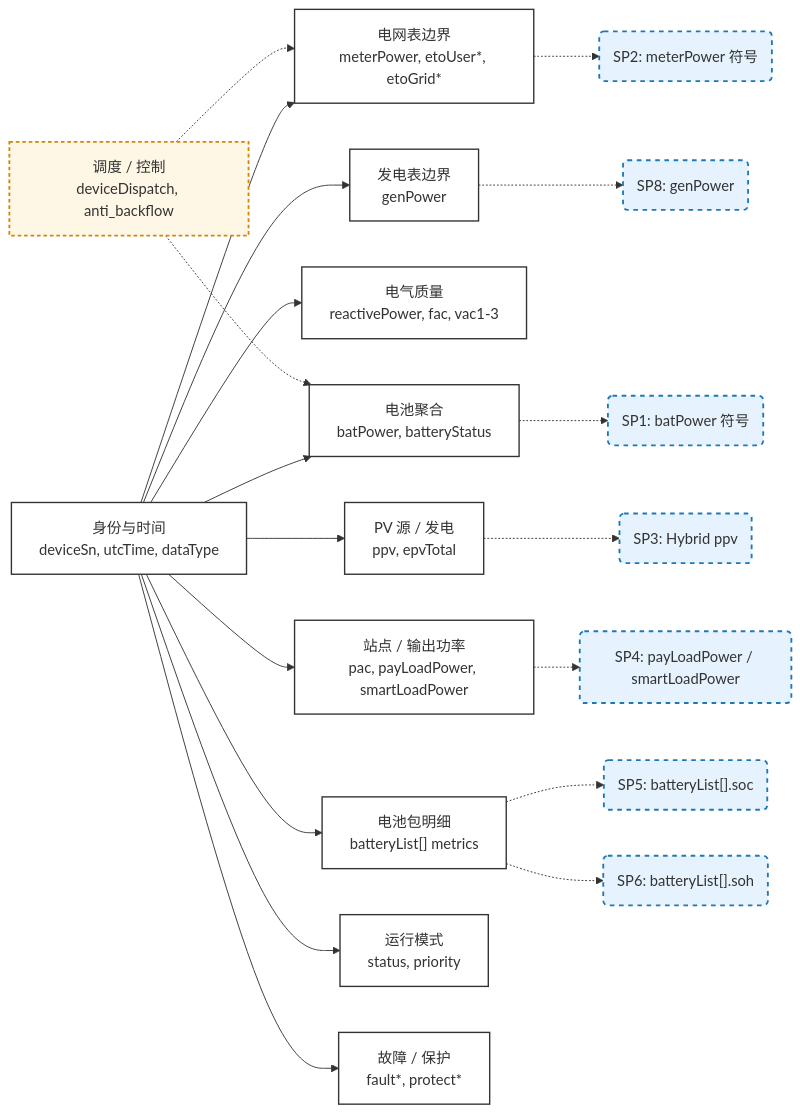
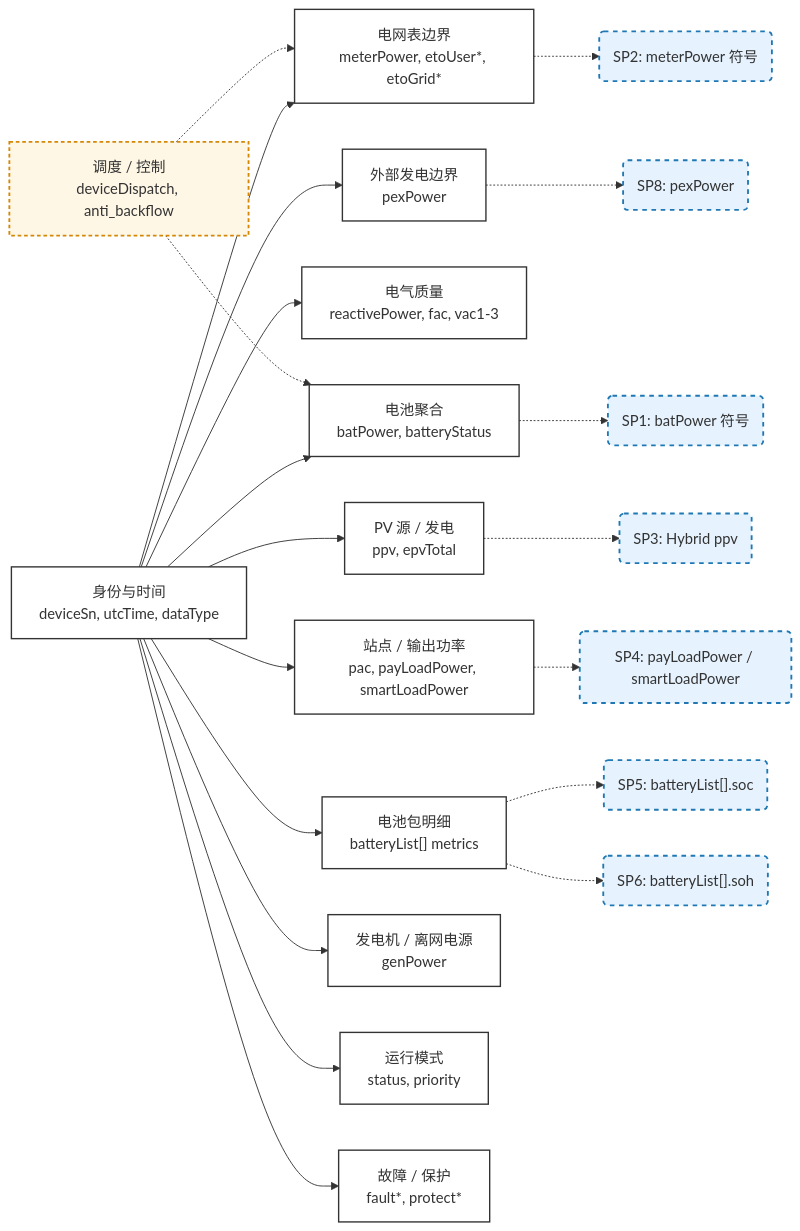
The sixth of 8 diagrams in Growatt API/OPENAPI.zh-CN/13_ess_semantic_model.md (EugeneJian/growatt-unified-api), drawn with Mermaid before and after one commit. The commit also changed other lines of this file and 7 other files, not shown here.

````diff
--- a/Growatt API/OPENAPI.zh-CN/13_ess_semantic_model.md
+++ b/Growatt API/OPENAPI.zh-CN/13_ess_semantic_model.md
@@ -321,51 +326,53 @@
 ```mermaid
 flowchart LR
 
     classDef block fill:#ffffff,stroke:#333,stroke-width:1.5px;
     classDef semantic fill:#e6f3ff,stroke:#1f78b4,stroke-width:2px,stroke-dasharray: 5 5;
     classDef dispatch fill:#fff7e6,stroke:#d48806,stroke-width:2px,stroke-dasharray: 4 3;
 
     Meta["身份与时间<br/>deviceSn, utcTime, dataType"]
     GridMeterBlock["电网表边界<br/>meterPower, etoUser*, etoGrid*"]
-    GenerationMeterBlock["发电表边界<br/>genPower"]
+    ExternalGenerationBlock["外部发电边界<br/>pexPower"]
     Electrical["电气质量<br/>reactivePower, fac, vac1-3"]
     PVBlock["PV 源 / 发电<br/>ppv, epvTotal"]
     SiteBlock["站点 / 输出功率<br/>pac, payLoadPower, smartLoadPower"]
     BatteryAgg["电池聚合<br/>batPower, batteryStatus"]
     BatteryPack["电池包明细<br/>batteryList[] metrics"]
+    GeneratorBlock["发电机 / 离网电源<br/>genPower"]
     Runtime["运行模式<br/>status, priority"]
     Fault["故障 / 保护<br/>fault*, protect*"]
 
     SP1("SP1: batPower 符号")
     SP2("SP2: meterPower 符号")
     SP3("SP3: Hybrid ppv")
     SP4("SP4: payLoadPower / smartLoadPower")
     SP5("SP5: batteryList[].soc")
     SP6("SP6: batteryList[].soh")
-    SP8("SP8: genPower")
+    SP8("SP8: pexPower")
     Dispatch["调度 / 控制<br/>deviceDispatch, anti_backflow"]
 
     Meta --> GridMeterBlock
-    Meta --> GenerationMeterBlock
+    Meta --> ExternalGenerationBlock
     Meta --> Electrical
     Meta --> PVBlock
     Meta --> SiteBlock
     Meta --> BatteryAgg
     Meta --> BatteryPack
+    Meta --> GeneratorBlock
     Meta --> Runtime
     Meta --> Fault
 
     GridMeterBlock -.-> SP2
-    GenerationMeterBlock -.-> SP8
+    ExternalGenerationBlock -.-> SP8
     PVBlock -.-> SP3
     SiteBlock -.-> SP4
     BatteryAgg -.-> SP1
     BatteryPack -.-> SP5
     BatteryPack -.-> SP6
     Dispatch -.-> BatteryAgg
     Dispatch -.-> GridMeterBlock
 
-    class Meta,GridMeterBlock,GenerationMeterBlock,Electrical,PVBlock,SiteBlock,BatteryAgg,BatteryPack,Runtime,Fault block;
+    class Meta,GridMeterBlock,ExternalGenerationBlock,Electrical,PVBlock,SiteBlock,BatteryAgg,BatteryPack,GeneratorBlock,Runtime,Fault block;
     class SP1,SP2,SP3,SP4,SP5,SP6,SP8 semantic;
     class Dispatch dispatch;
 ```
````
